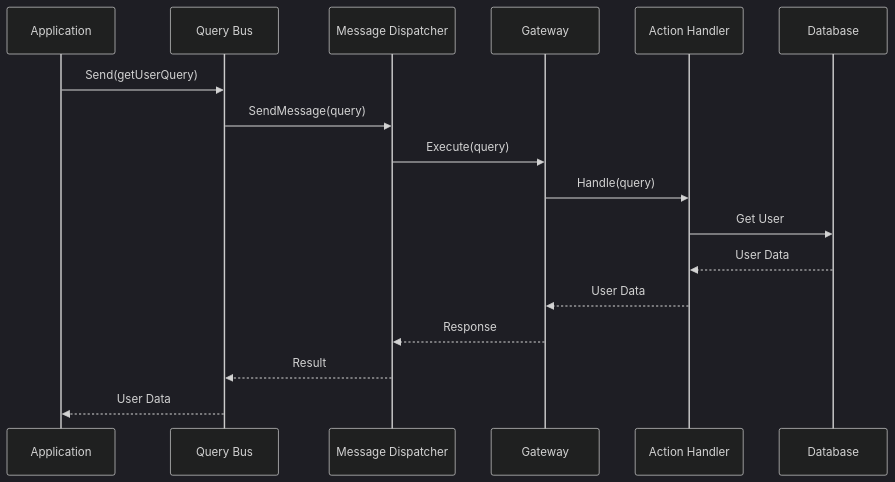
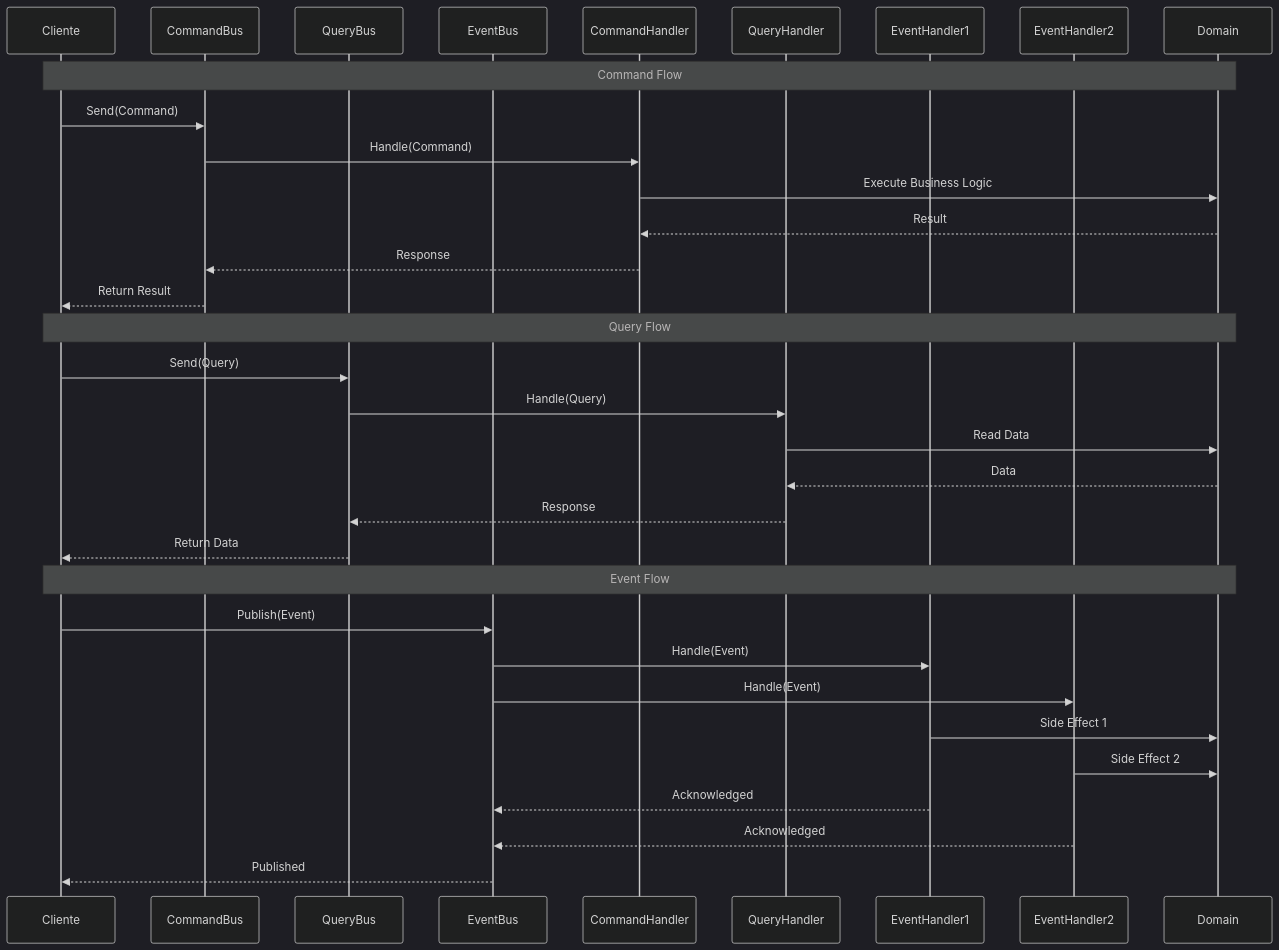
One commit to JeffersonBrasilino/hex-api-go changed the fourth of 8 diagrams in README.md. Above: the diagram before and after it, drawn with Mermaid (dark theme). The commit also changed other lines of this file and 506 other files, not shown here.

````diff
--- a/README.md
+++ b/README.md
@@ -224,20 +330,38 @@
 ```mermaid
 sequenceDiagram
-    participant App as Application
-    participant QB as Query Bus
-    participant MD as Message Dispatcher
-    participant GW as Gateway
-    participant AH as Action Handler
-    participant DB as Database
+    participant C as Cliente
+    participant CB as CommandBus
+    participant QB as QueryBus
+    participant EB as EventBus
+    participant CH as CommandHandler
+    participant QH as QueryHandler
+    participant EH1 as EventHandler1
+    participant EH2 as EventHandler2
+    participant D as Domain
 
-    App->>QB: Send(getUserQuery)
-    QB->>MD: SendMessage(query)
-    MD->>GW: Execute(query)
-    GW->>AH: Handle(query)
-    AH->>DB: Get User
-    DB-->>AH: User Data
-    AH-->>GW: User Data
-    GW-->>MD: Response
-    MD-->>QB: Result
-    QB-->>App: User Data
+    Note over C,D: Command Flow
+    C->>CB: Send(Command)
+    CB->>CH: Handle(Command)
+    CH->>D: Execute Business Logic
+    D-->>CH: Result
+    CH-->>CB: Response
+    CB-->>C: Return Result
+
+    Note over C,D: Query Flow
+    C->>QB: Send(Query)
+    QB->>QH: Handle(Query)
+    QH->>D: Read Data
+    D-->>QH: Data
+    QH-->>QB: Response
+    QB-->>C: Return Data
+
+    Note over C,D: Event Flow
+    C->>EB: Publish(Event)
+    EB->>EH1: Handle(Event)
+    EB->>EH2: Handle(Event)
+    EH1->>D: Side Effect 1
+    EH2->>D: Side Effect 2
+    EH1-->>EB: Acknowledged
+    EH2-->>EB: Acknowledged
+    EB-->>C: Published
 ```
````
